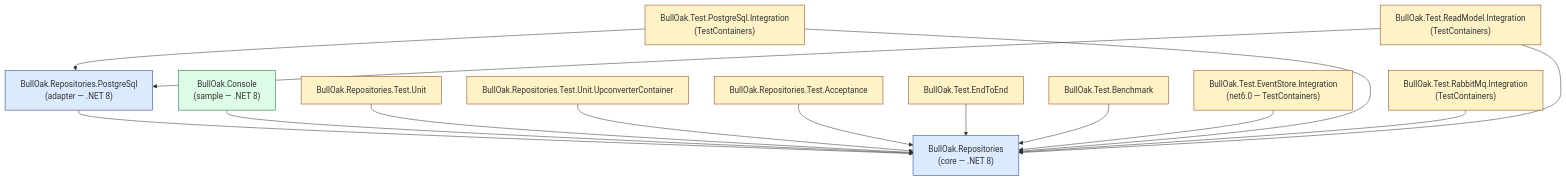
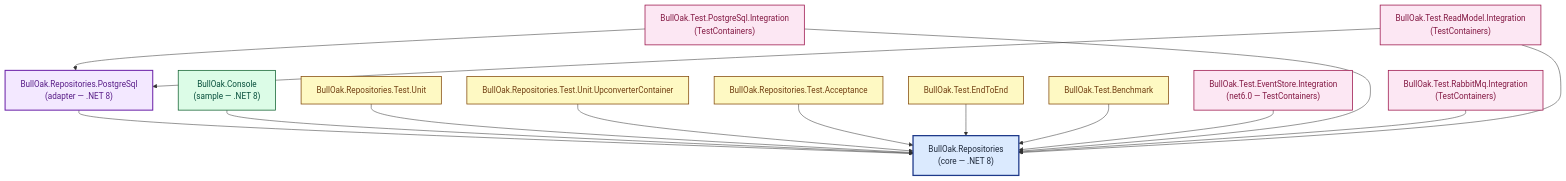
Before and after one commit to vaibhavPH/BullOak: the sixth of 7 diagrams in docs/architecture.md, drawn with Mermaid. The commit also changed other lines of this file, not shown here.

First line of the commit message:
docs: colour the Mermaid architecture diagrams

````diff
--- a/docs/architecture.md
+++ b/docs/architecture.md
@@ -228,37 +262,36 @@
 ```mermaid
 graph TD
-    Core["BullOak.Repositories<br/>(core — .NET 8)"]
-    PG["BullOak.Repositories.PostgreSql<br/>(adapter — .NET 8)"]
-    Console["BullOak.Console<br/>(sample — .NET 8)"]
+    Core["BullOak.Repositories<br/>(core — .NET 8)"]:::lib
+    PG["BullOak.Repositories.PostgreSql<br/>(adapter — .NET 8)"]:::adapter
+    Console["BullOak.Console<br/>(sample — .NET 8)"]:::sample
 
-    UT["BullOak.Repositories.Test.Unit"]
-    UTUp["BullOak.Repositories.Test.Unit.UpconverterContainer"]
-    Acc["BullOak.Repositories.Test.Acceptance"]
-    E2E["BullOak.Test.EndToEnd"]
-    Bench["BullOak.Test.Benchmark"]
-    ESInt["BullOak.Test.EventStore.Integration<br/>(net6.0 — TestContainers)"]
-    PGInt["BullOak.Test.PostgreSql.Integration<br/>(TestContainers)"]
-    RMQInt["BullOak.Test.RabbitMq.Integration<br/>(TestContainers)"]
-    RMInt["BullOak.Test.ReadModel.Integration<br/>(TestContainers)"]
+    UT["BullOak.Repositories.Test.Unit"]:::unit
+    UTUp["BullOak.Repositories.Test.Unit.UpconverterContainer"]:::unit
+    Acc["BullOak.Repositories.Test.Acceptance"]:::unit
+    E2E["BullOak.Test.EndToEnd"]:::unit
+    Bench["BullOak.Test.Benchmark"]:::unit
+    ESInt["BullOak.Test.EventStore.Integration<br/>(net6.0 — TestContainers)"]:::integ
+    PGInt["BullOak.Test.PostgreSql.Integration<br/>(TestContainers)"]:::integ
+    RMQInt["BullOak.Test.RabbitMq.Integration<br/>(TestContainers)"]:::integ
+    RMInt["BullOak.Test.ReadModel.Integration<br/>(TestContainers)"]:::integ
 
     PG --> Core
     Console --> Core
     UT --> Core
     UTUp --> Core
     Acc --> Core
     E2E --> Core
     Bench --> Core
     ESInt --> Core
     PGInt --> Core
     PGInt --> PG
     RMQInt --> Core
     RMInt --> Core
     RMInt --> PG
 
-    classDef lib fill:#dbeafe,stroke:#1e3a8a
-    classDef test fill:#fef3c7,stroke:#92400e
-    classDef sample fill:#dcfce7,stroke:#166534
-    class Core,PG lib
-    class Console sample
-    class UT,UTUp,Acc,E2E,Bench,ESInt,PGInt,RMQInt,RMInt test
+    classDef lib fill:#dbeafe,stroke:#1e3a8a,stroke-width:2.5px,color:#1e293b
+    classDef adapter fill:#f3e8ff,stroke:#6b21a8,stroke-width:2px,color:#581c87
+    classDef sample fill:#dcfce7,stroke:#166534,stroke-width:1.5px,color:#064e3b
+    classDef unit fill:#fef9c3,stroke:#854d0e,stroke-width:1.5px,color:#713f12
+    classDef integ fill:#fce7f3,stroke:#9d174d,stroke-width:1.5px,color:#831843
 ```
````
